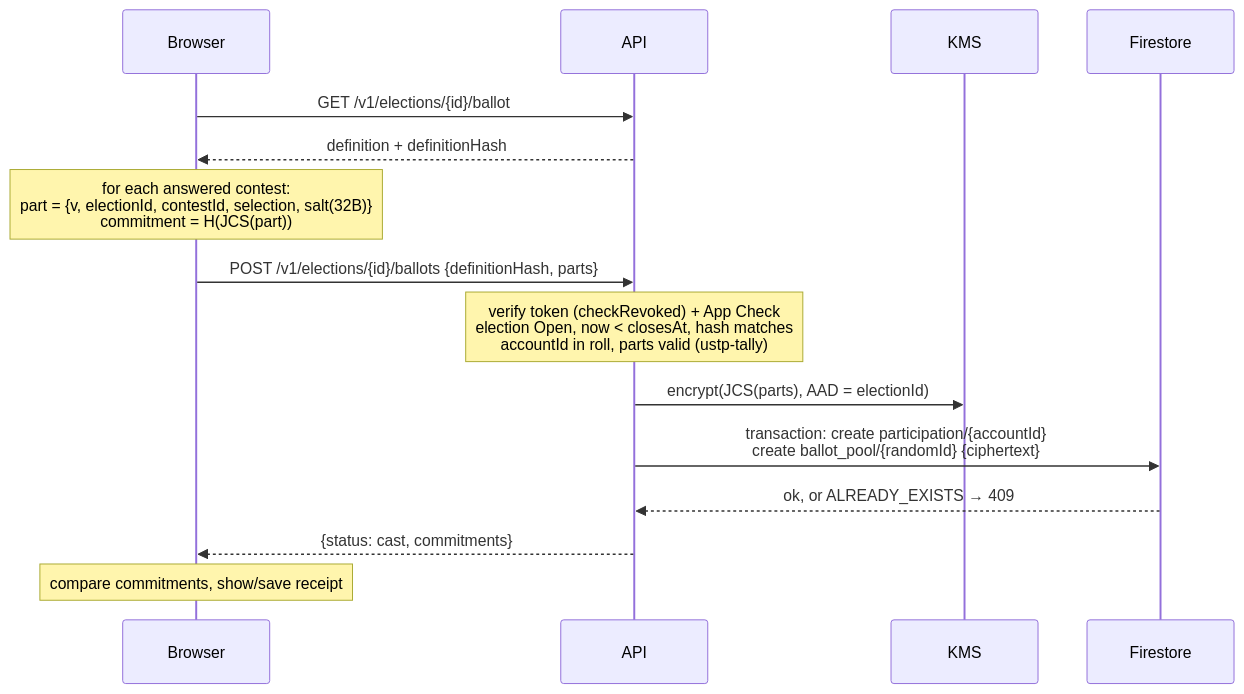
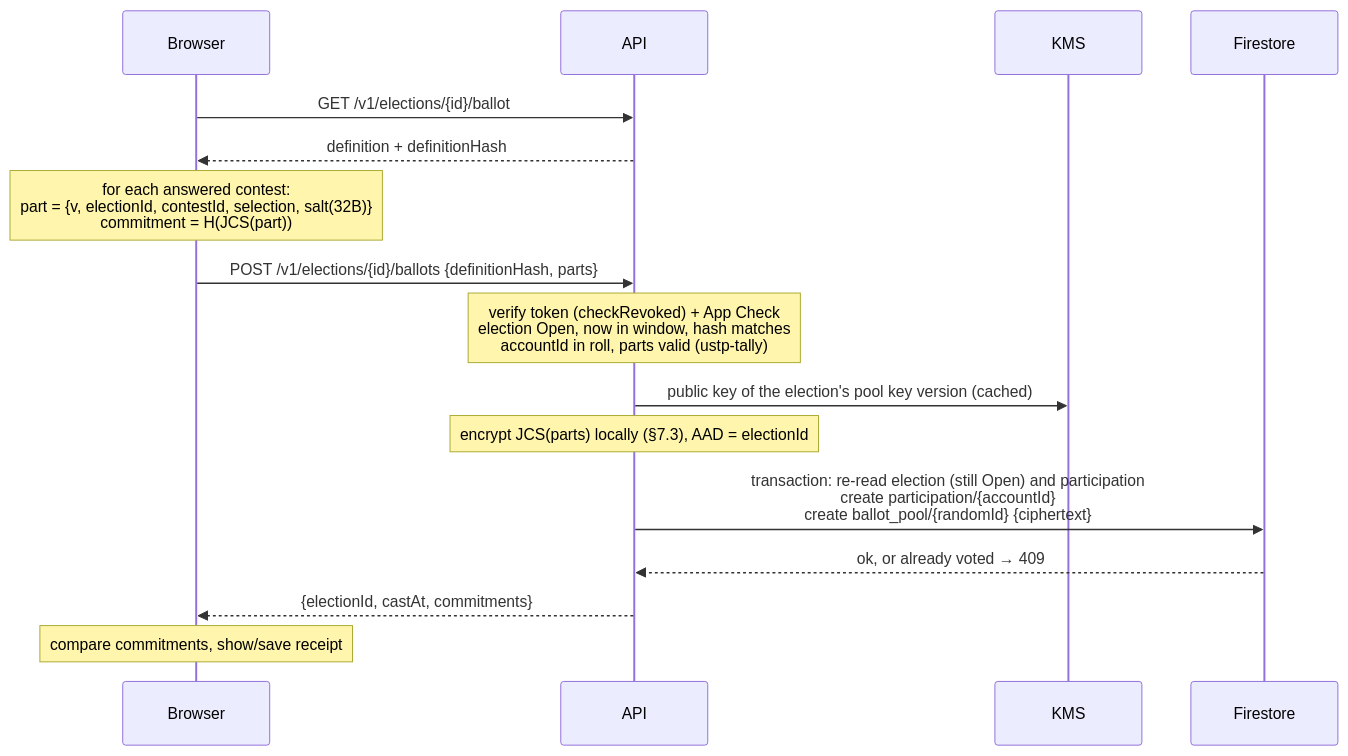
One commit to ggrow3/USTPVote2 changed the fourth of 4 diagrams in docs/DESIGN.md. Above: the diagram before and after it, drawn with Mermaid. The commit also changed other lines of this file and 28 other files, not shown here.

First line of the commit message:
M3a: election clock, casting, pool encryption and the ballot page

````diff
--- a/docs/DESIGN.md
+++ b/docs/DESIGN.md
@@ -339,17 +346,18 @@
 ```mermaid
 sequenceDiagram
   participant B as Browser
   participant A as API
   participant K as KMS
   participant F as Firestore
   B->>A: GET /v1/elections/{id}/ballot
   A-->>B: definition + definitionHash
   Note over B: for each answered contest:<br/>part = {v, electionId, contestId, selection, salt(32B)}<br/>commitment = H(JCS(part))
   B->>A: POST /v1/elections/{id}/ballots {definitionHash, parts}
-  Note over A: verify token (checkRevoked) + App Check<br/>election Open, now < closesAt, hash matches<br/>accountId in roll, parts valid (ustp-tally)
-  A->>K: encrypt(JCS(parts), AAD = electionId)
-  A->>F: transaction: create participation/{accountId}<br/>create ballot_pool/{randomId} {ciphertext}
-  F-->>A: ok, or ALREADY_EXISTS → 409
-  A-->>B: {status: cast, commitments}
+  Note over A: verify token (checkRevoked) + App Check<br/>election Open, now in window, hash matches<br/>accountId in roll, parts valid (ustp-tally)
+  A->>K: public key of the election's pool key version (cached)
+  Note over A: encrypt JCS(parts) locally (§7.3), AAD = electionId
+  A->>F: transaction: re-read election (still Open) and participation<br/>create participation/{accountId}<br/>create ballot_pool/{randomId} {ciphertext}
+  F-->>A: ok, or already voted → 409
+  A-->>B: {electionId, castAt, commitments}
   Note over B: compare commitments, show/save receipt
 ```
````
